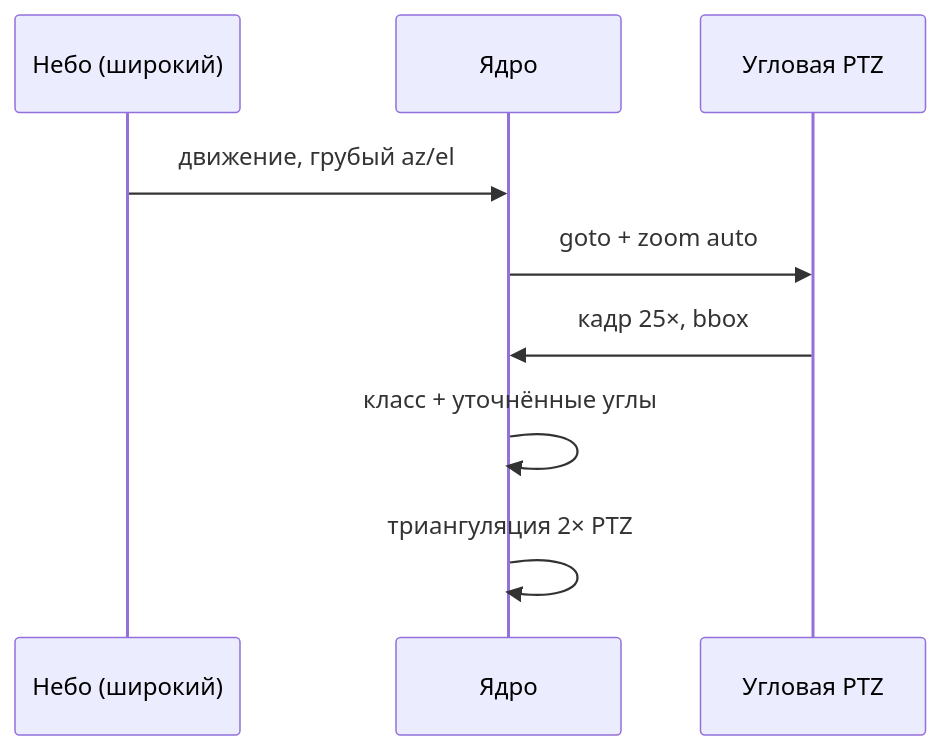
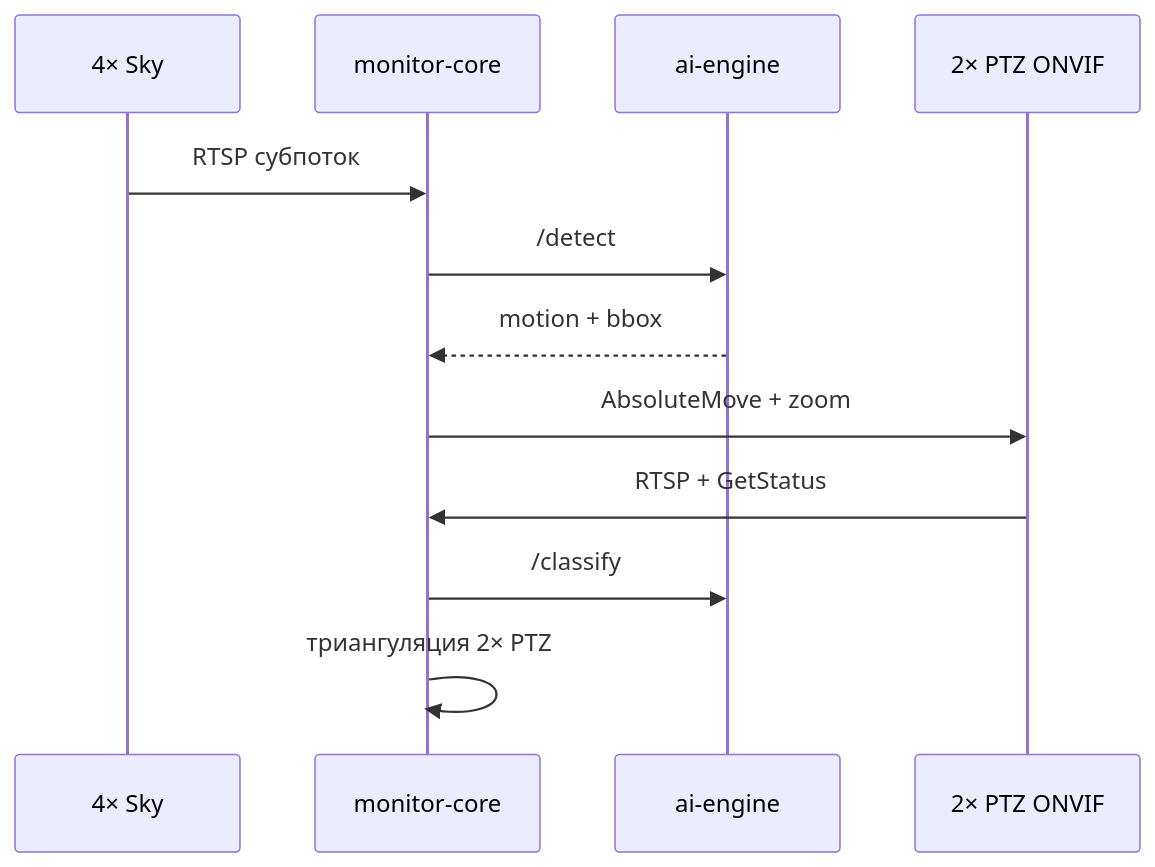
Before and after one commit to Andry495/Dron_monitoring: the diagram in docs/optics-and-range.md, drawn with Mermaid. The commit also changed other lines of this file and 39 other files, not shown here.

First line of the commit message:
Align documentation with v1 kit: 4 sky + 4 PTZ ONVIF, separate ai-engine.

````diff
--- a/docs/optics-and-range.md
+++ b/docs/optics-and-range.md
@@ -136,12 +136,15 @@
 ```mermaid
 sequenceDiagram
-    participant Sky as Небо (широкий)
-    participant Core as Ядро
-    participant PTZ as Угловая PTZ
+    participant Sky as 4× Sky
+    participant Core as monitor-core
+    participant AI as ai-engine
+    participant PTZ as 2× PTZ ONVIF
 
-    Sky->>Core: движение, грубый az/el
-    Core->>PTZ: goto + zoom auto
-    PTZ->>Core: кадр 25×, bbox
-    Core->>Core: класс + уточнённые углы
+    Sky->>Core: RTSP субпоток
+    Core->>AI: /detect
+    AI-->>Core: motion + bbox
+    Core->>PTZ: AbsoluteMove + zoom
+    PTZ->>Core: RTSP + GetStatus
+    Core->>AI: /classify
     Core->>Core: триангуляция 2× PTZ
 ```
````
